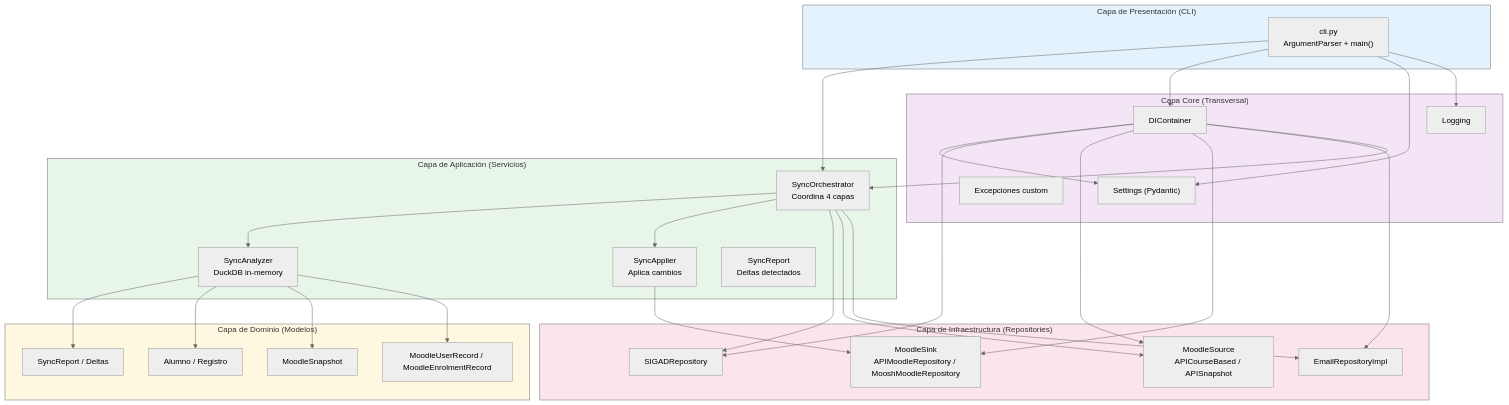
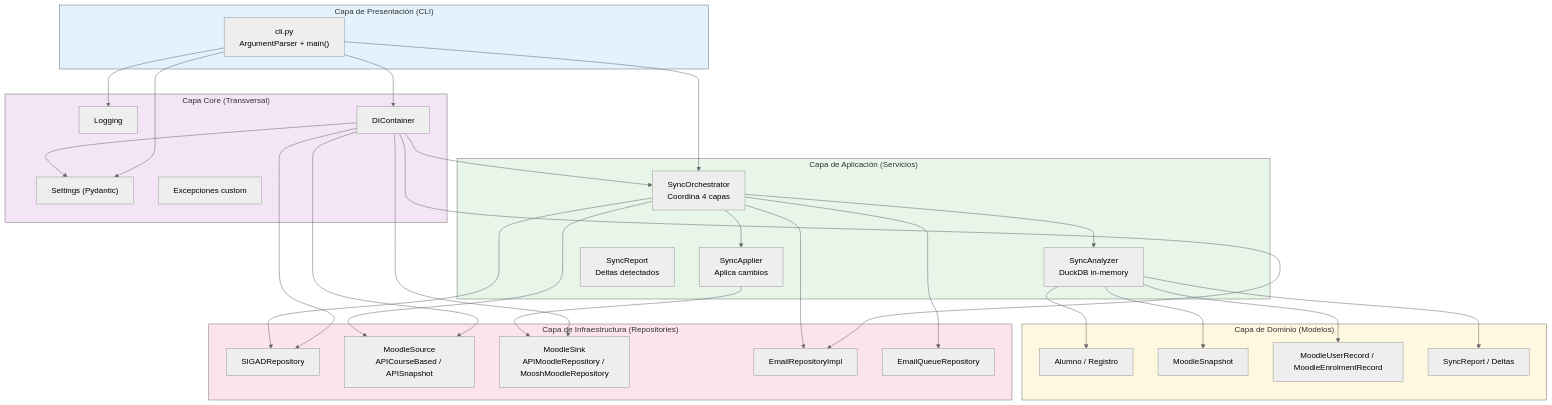
The second of 13 diagrams in docus/flujos.md (FPVirtual/fp-virtual-gestion-alumnos), drawn with Mermaid (neutral theme) before and after one commit. The commit also changed other lines of this file and 4 other files, not shown here.

````diff
--- a/docus/flujos.md
+++ b/docus/flujos.md
@@ -86,64 +87,66 @@
 ```mermaid
 flowchart TB
     subgraph CapaPresentacion["Capa de Presentación (CLI)"]
         CLI_MOD["cli.py<br/>ArgumentParser + main()"]
     end
 
     subgraph CapaAplicacion["Capa de Aplicación (Servicios)"]
         ORC["SyncOrchestrator<br/>Coordina 4 capas"]
         ANA["SyncAnalyzer<br/>DuckDB in-memory"]
         APP["SyncApplier<br/>Aplica cambios"]
         RES["SyncReport<br/>Deltas detectados"]
     end
 
     subgraph CapaDominio["Capa de Dominio (Modelos)"]
         MOD1["Alumno / Registro"]
         MOD2["MoodleSnapshot"]
         MOD3["MoodleUserRecord / MoodleEnrolmentRecord"]
         MOD4["SyncReport / Deltas"]
     end
 
     subgraph CapaInfraestructura["Capa de Infraestructura (Repositories)"]
         REP1["SIGADRepository"]
         REP2["MoodleSource<br/>APICourseBased / APISnapshot"]
         REP3["MoodleSink<br/>APIMoodleRepository / MooshMoodleRepository"]
         REP4["EmailRepositoryImpl"]
+        REP5["EmailQueueRepository"]
     end
 
     subgraph CapaCore["Capa Core (Transversal)"]
         CFG["Settings (Pydantic)"]
         LOG["Logging"]
         EXC["Excepciones custom"]
         CON["DIContainer"]
     end
 
     CLI_MOD --> ORC
     ORC --> ANA
     ORC --> APP
     ANA --> MOD4
     APP --> REP3
     ORC --> REP1
     ORC --> REP2
     ORC --> REP4
+    ORC --> REP5
 
     ANA --> MOD1
     ANA --> MOD2
     ANA --> MOD3
 
     CON --> CFG
     CON --> REP1
     CON --> REP2
     CON --> REP3
     CON --> REP4
     CON --> ORC
 
     CLI_MOD --> CON
     CLI_MOD --> CFG
     CLI_MOD --> LOG
 
     style CapaPresentacion fill:#e3f2fd
     style CapaAplicacion fill:#e8f5e9
     style CapaDominio fill:#fff8e1
     style CapaInfraestructura fill:#fce4ec
     style CapaCore fill:#f3e5f5
 ```
````
